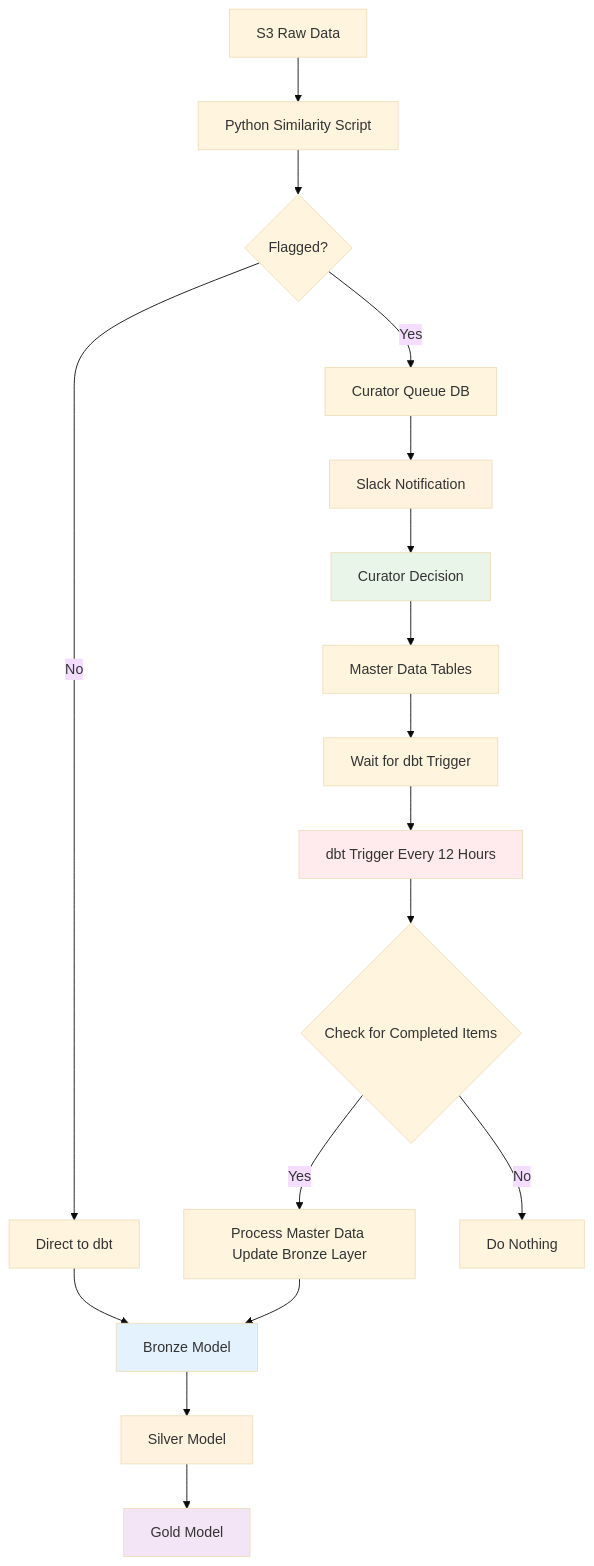
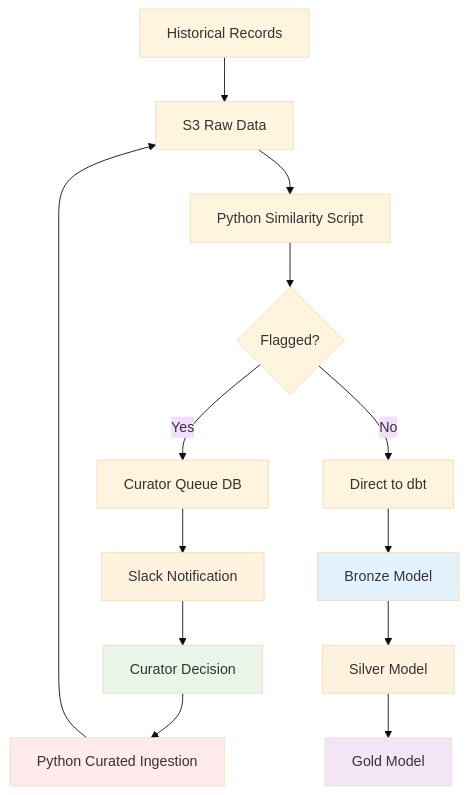
The diagram in sites_curation_proposal.md (estanislaocy/qualifyze-data-pipeline), drawn with Mermaid (base theme) before and after one commit. The commit also changed other lines of this file and 4 other files, not shown here.

Commit message:
Update README and sites_curation_proposal with environment variable details; refactor dbt asset dependencies and add run_dbt.sh script for easier execution

````diff
--- a/sites_curation_proposal.md
+++ b/sites_curation_proposal.md
@@ -18,32 +18,25 @@
 ```mermaid
 flowchart TD
-    A[S3 Raw Data] --> B[Python Similarity Script]
-    B --> C{Flagged?}
+    A[Historical Records] --> B[S3 Raw Data]
+    B --> C[Python Similarity Script]
+    C --> D{Flagged?}
     
-    C -->|Yes| D[Curator Queue DB]
-    C -->|No| E[Direct to dbt]
+    D -->|Yes| E[Curator Queue DB]
+    D -->|No| F[Direct to dbt]
     
-    D --> F[Slack Notification]
-    F --> G[Curator Decision]
-    G --> H[Master Data Tables]
+    E --> G[Slack Notification]
+    G --> H[Curator Decision]
+    H --> I[Python Curated Ingestion]
+    I --> B
     
-    E --> I[Bronze Model]
+    F --> J[Bronze Model]
+    J --> K[Silver Model]
+    K --> L[Gold Model]
     
-    J[dbt Trigger Every 12 Hours] --> K{Check for Completed Items}
-    K -->|Yes| L[Process Master Data Update Bronze Layer]
-    K -->|No| M[Do Nothing]
-    
-    H --> N[Wait for dbt Trigger]
-    N --> J
-    
-    L --> I[Bronze Model]
-    I --> O[Silver Model]
-    O --> P[Gold Model]
-    
-    style G fill:#e8f5e8
-    style I fill:#e3f2fd
-    style O fill:#fff3e0
-    style P fill:#f3e5f5
-    style J fill:#ffebee
-    style F fill:#fff3e0
+    style H fill:#e8f5e8
+    style J fill:#e3f2fd
+    style K fill:#fff3e0
+    style L fill:#f3e5f5
+    style G fill:#fff3e0
+    style I fill:#ffebee
 ```
````
